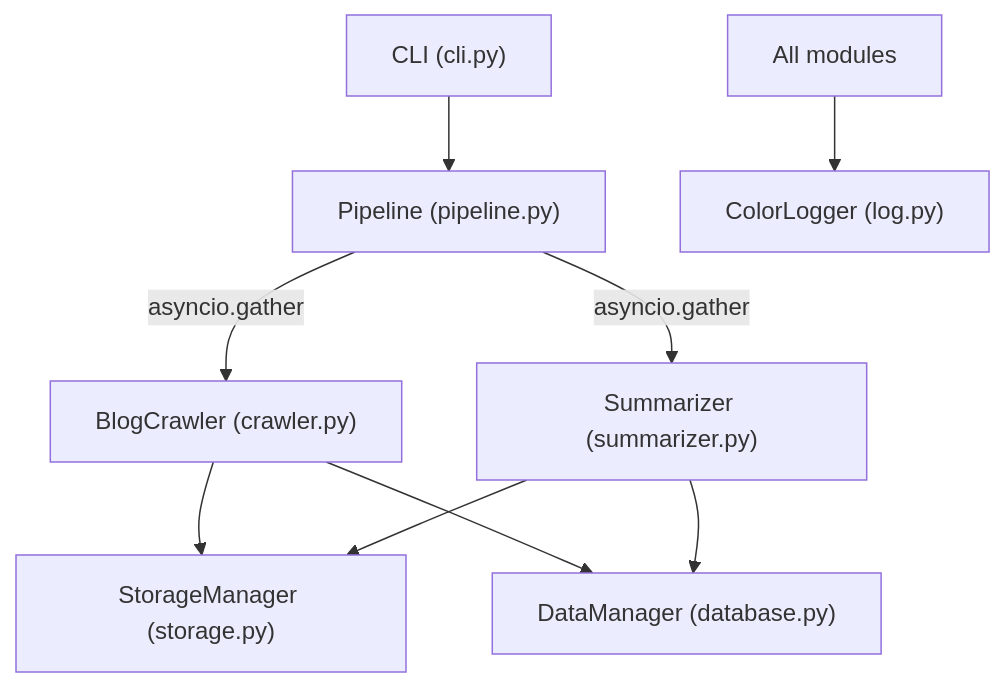
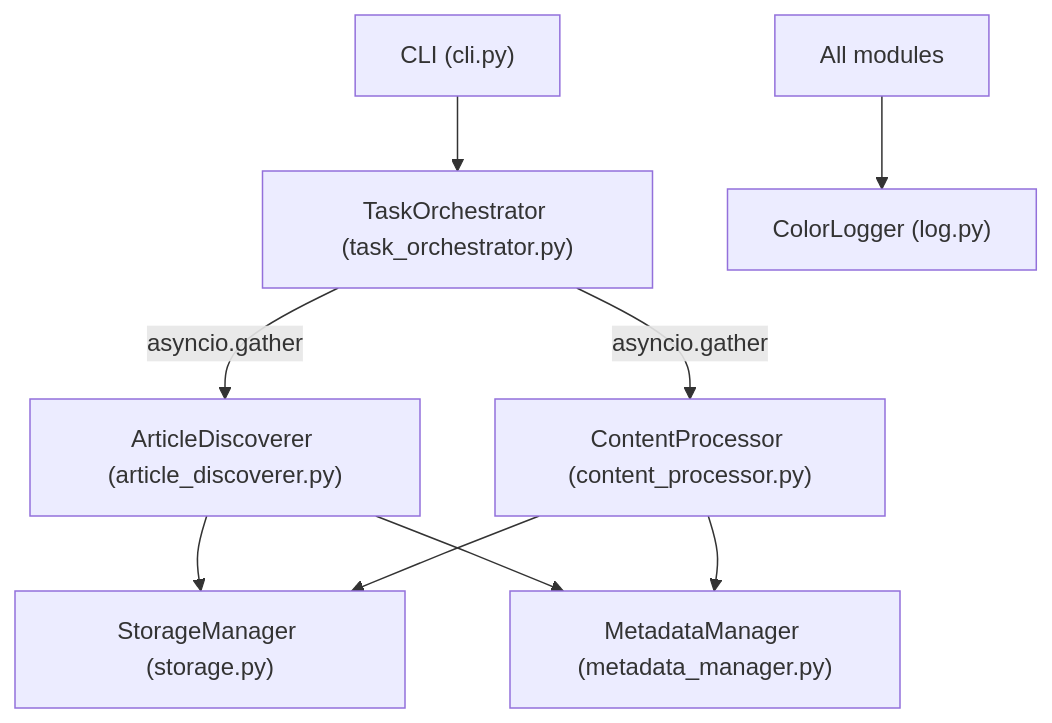
One commit to msampathkumar/newshive changed the first of 3 diagrams in DESIGN.md. Above: the diagram before and after it, drawn with Mermaid. The commit also changed other lines of this file and 21 other files, not shown here.

````diff
--- a/DESIGN.md
+++ b/DESIGN.md
@@ -15,12 +15,12 @@
 ```mermaid
 graph TD
     CLI["CLI (cli.py)"]
-    CLI --> Pipeline["Pipeline (pipeline.py)"]
-    Pipeline -->|asyncio.gather| Crawler["BlogCrawler (crawler.py)"]
-    Pipeline -->|asyncio.gather| Summarizer["Summarizer (summarizer.py)"]
-    Crawler --> Storage["StorageManager (storage.py)"]
-    Crawler --> DB["DataManager (database.py)"]
-    Summarizer --> Storage
-    Summarizer --> DB
+    CLI --> TaskOrchestrator["TaskOrchestrator (task_orchestrator.py)"]
+    TaskOrchestrator -->|asyncio.gather| ArticleDiscoverer["ArticleDiscoverer (article_discoverer.py)"]
+    TaskOrchestrator -->|asyncio.gather| ContentProcessor["ContentProcessor (content_processor.py)"]
+    ArticleDiscoverer --> Storage["StorageManager (storage.py)"]
+    ArticleDiscoverer --> DB["MetadataManager (metadata_manager.py)"]
+    ContentProcessor --> Storage
+    ContentProcessor --> DB
     All["All modules"] --> Log["ColorLogger (log.py)"]
 ```
````
